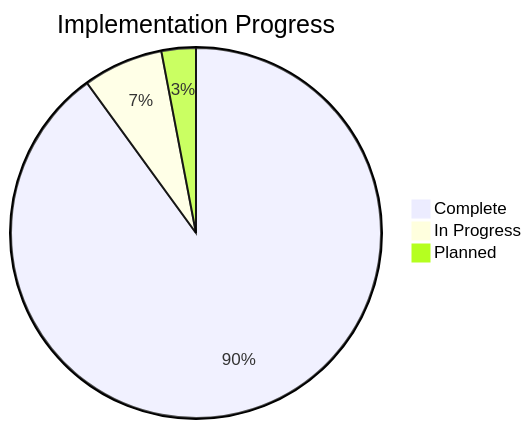
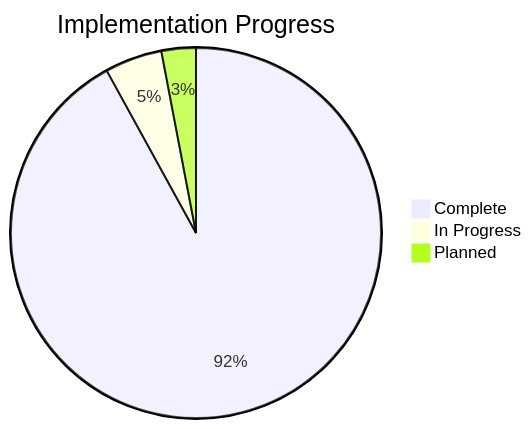
Before and after one commit to fjbravo/dell_server_fan_control: the diagram in memory-bank/progress.md, drawn with Mermaid. The commit also changed other lines of this file and 5 other files, not shown here.

````diff
--- a/memory-bank/progress.md
+++ b/memory-bank/progress.md
@@ -9,6 +9,6 @@
 ```mermaid
 pie title Implementation Progress
-    "Complete" : 90
-    "In Progress" : 7
+    "Complete" : 92
+    "In Progress" : 5
     "Planned" : 3
 ```
````
